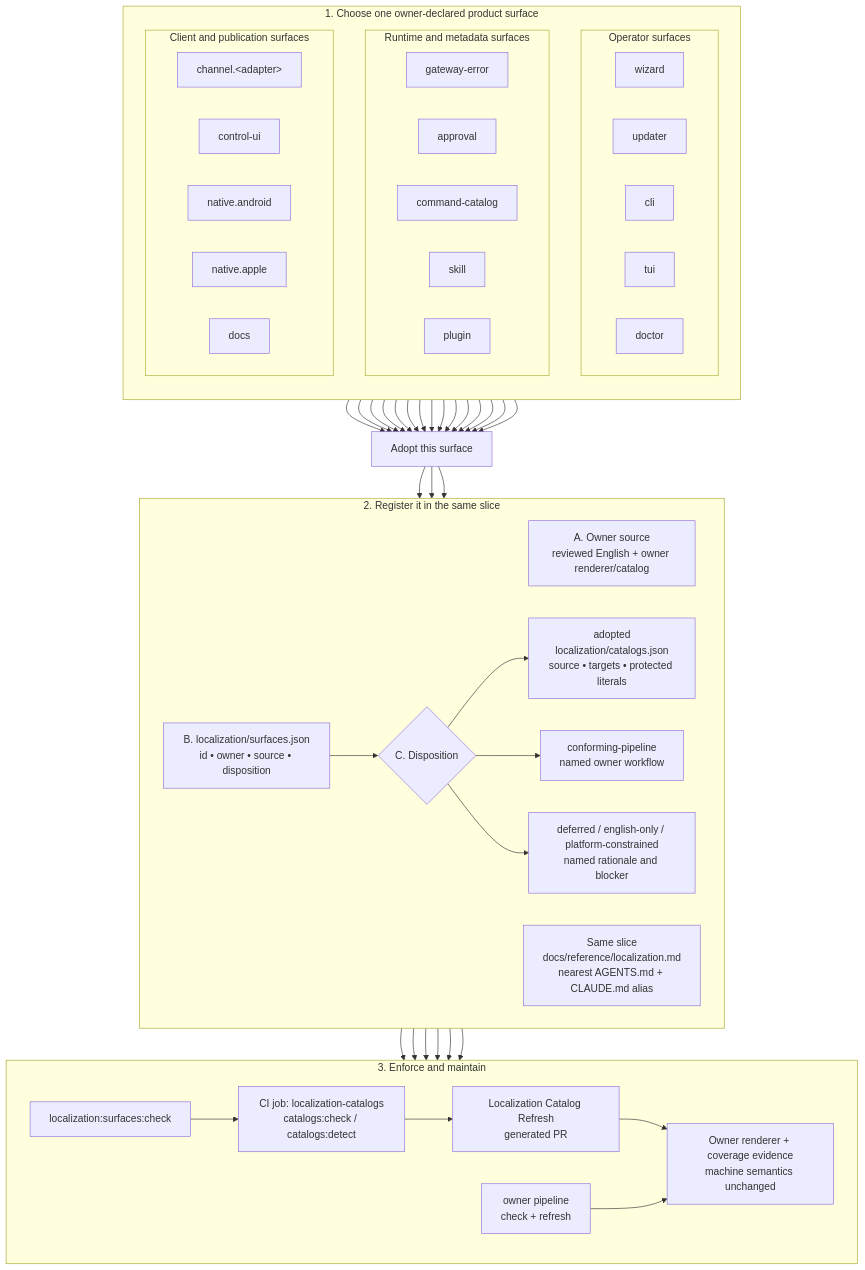
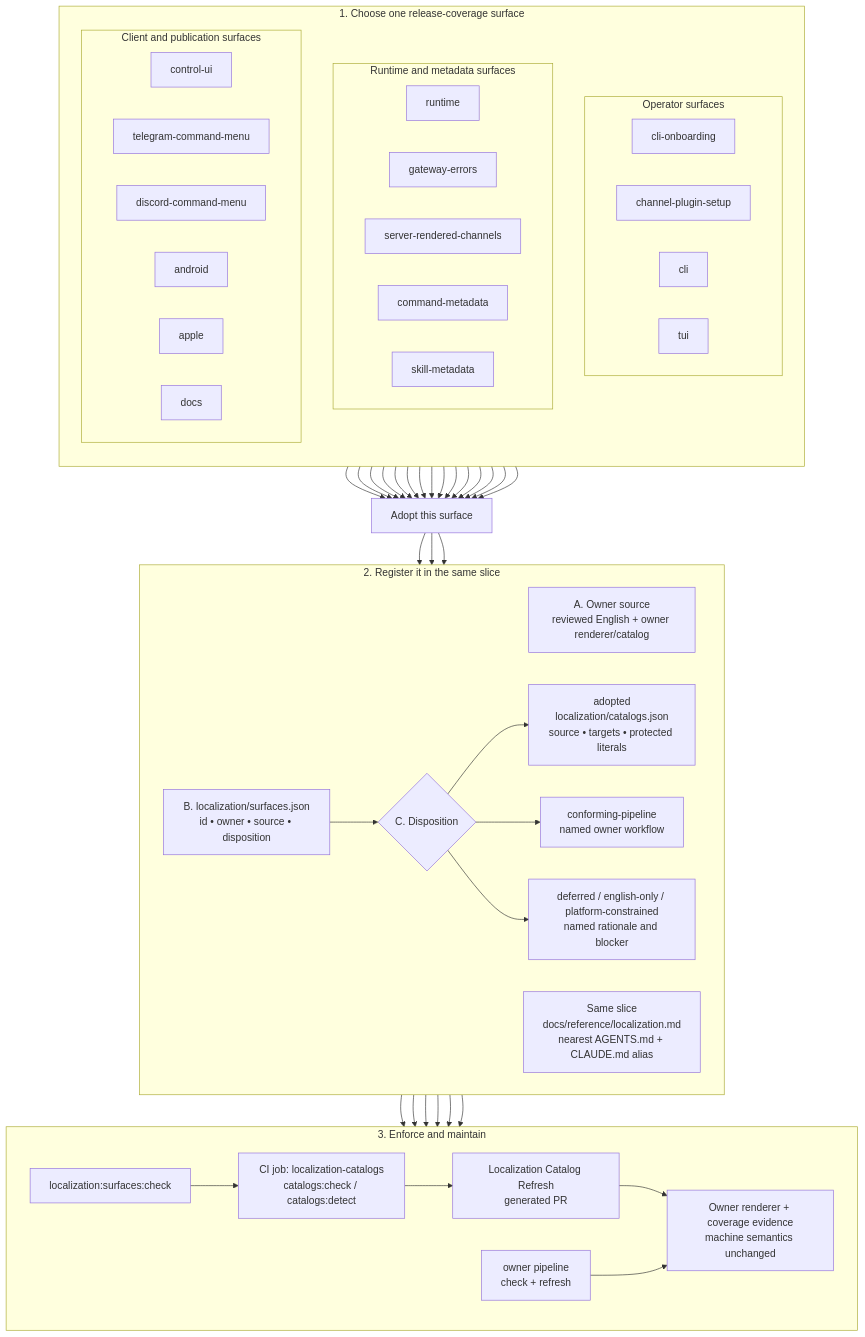
The first of 2 diagrams in rfcs/0024-localization-runtime-and-coverage.md (openclaw/rfcs), drawn with Mermaid before and after one commit. The commit also changed other lines of this file and 4 other files, not shown here.

````diff
--- a/rfcs/0024-localization-runtime-and-coverage.md
+++ b/rfcs/0024-localization-runtime-and-coverage.md
@@ -45,46 +45,46 @@
 ```mermaid
 flowchart TB
-  subgraph SURFACES["1. Choose one owner-declared product surface"]
+  subgraph SURFACES["1. Choose one release-coverage surface"]
     direction TB
     subgraph OPERATOR["Operator surfaces"]
       direction LR
-      WIZARD["wizard"]
-      UPDATER["updater"]
+      WIZARD["cli-onboarding"]
+      SETUP["channel-plugin-setup"]
       CLI["cli"]
       TUI["tui"]
-      DOCTOR["doctor"]
     end
     subgraph RUNTIME["Runtime and metadata surfaces"]
       direction LR
-      GATEWAY["gateway-error"]
-      APPROVAL["approval"]
-      COMMAND["command-catalog"]
-      SKILL["skill"]
-      PLUGIN["plugin"]
+      CORE["runtime"]
+      GATEWAY["gateway-errors"]
+      CHANNELS["server-rendered-channels"]
+      COMMAND["command-metadata"]
+      SKILL["skill-metadata"]
     end
     subgraph CLIENTS["Client and publication surfaces"]
       direction LR
-      CHANNEL["channel.&lt;adapter&gt;"]
       CONTROL["control-ui"]
-      ANDROID["native.android"]
-      APPLE["native.apple"]
+      TELEGRAM["telegram-command-menu"]
+      DISCORD["discord-command-menu"]
+      ANDROID["android"]
+      APPLE["apple"]
       DOCS["docs"]
     end
   end
 
   ADOPT["Adopt this surface"]
   WIZARD --> ADOPT
-  UPDATER --> ADOPT
+  SETUP --> ADOPT
   CLI --> ADOPT
   TUI --> ADOPT
-  DOCTOR --> ADOPT
+  CORE --> ADOPT
   GATEWAY --> ADOPT
-  APPROVAL --> ADOPT
+  CHANNELS --> ADOPT
   COMMAND --> ADOPT
   SKILL --> ADOPT
-  PLUGIN --> ADOPT
-  CHANNEL --> ADOPT
   CONTROL --> ADOPT
+  TELEGRAM --> ADOPT
+  DISCORD --> ADOPT
   ANDROID --> ADOPT
   APPLE --> ADOPT
   DOCS --> ADOPT
````
